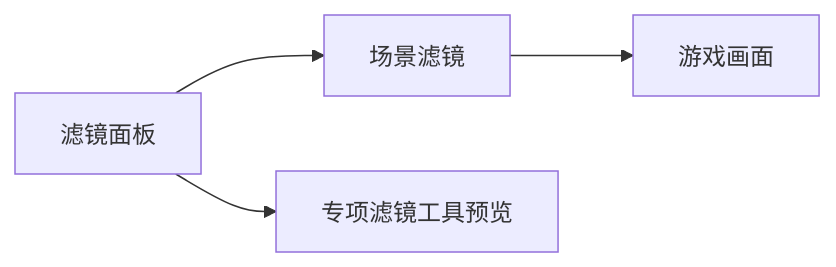
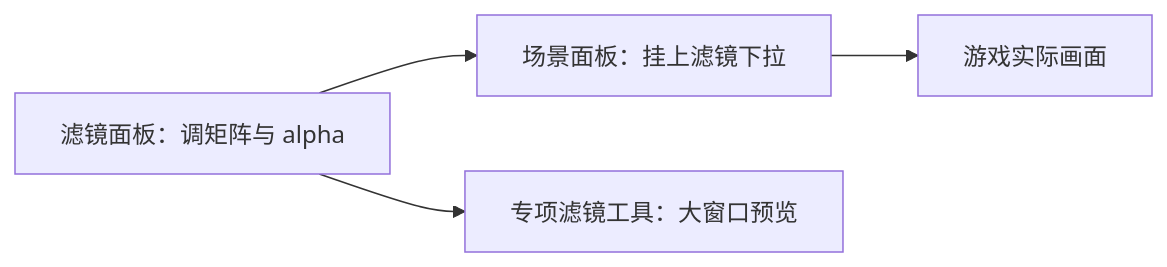
Before and after one commit to wubugui/GDoc: the diagram in docs/editors/panels/filters.md, drawn with Mermaid. The commit also changed other lines of this file and 112 other files, not shown here.

````diff
--- a/docs/editors/panels/filters.md
+++ b/docs/editors/panels/filters.md
@@ -38,6 +34,6 @@
 ```mermaid
 flowchart LR
-  F[滤镜面板] --> S[场景滤镜]
-  F --> T[专项滤镜工具预览]
-  S --> G[游戏画面]
+  F[滤镜面板：调矩阵与 alpha] --> S[场景面板：挂上滤镜下拉]
+  F --> T[专项滤镜工具：大窗口预览]
+  S --> G[游戏实际画面]
 ```
````
